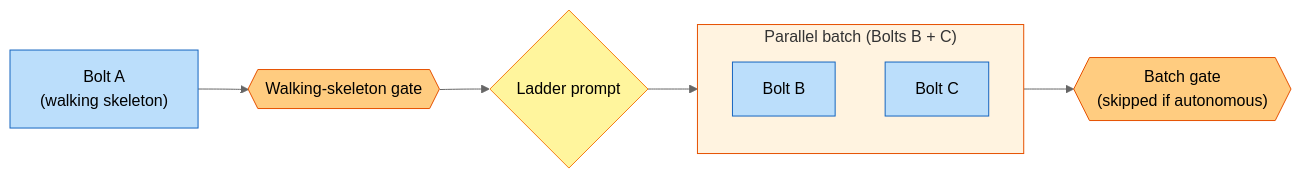
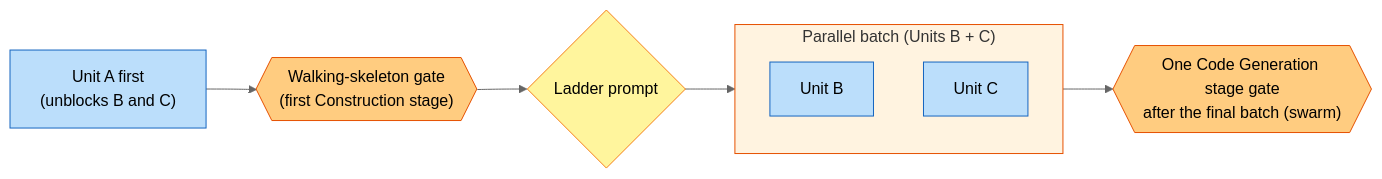
The fifth of 6 diagrams in docs/guide/04-phases-and-stages.md (awslabs/aidlc-workflows), drawn with Mermaid (neutral theme) before and after one commit. The commit also changed other lines of this file and 57 other files, not shown here.

First line of the commit message:
docs: reconcile planned Bolt with the shipped stage-major walk (2.6.56)

````diff
--- a/docs/guide/04-phases-and-stages.md
+++ b/docs/guide/04-phases-and-stages.md
@@ -289,23 +288,23 @@
 ```mermaid
 flowchart LR
-    A["Bolt A\n(walking skeleton)"]
-    GA{{"Walking-skeleton gate"}}
+    A["Unit A first\n(unblocks B and C)"]
+    GA{{"Walking-skeleton gate\n(first Construction stage)"}}
     L{"Ladder prompt"}
 
-    subgraph BATCH["Parallel batch (Bolts B + C)"]
-        B["Bolt B"]
-        C["Bolt C"]
+    subgraph BATCH["Parallel batch (Units B + C)"]
+        B["Unit B"]
+        C["Unit C"]
     end
 
-    GBC{{"Batch gate\n(skipped if autonomous)"}}
+    GBC{{"One Code Generation stage gate\nafter the final batch (swarm)"}}
 
     A --> GA --> L --> BATCH --> GBC
 
     style A fill:#bbdefb,stroke:#1565c0
     style GA fill:#ffcc80,stroke:#e65100
     style L fill:#fff59d,stroke:#f57f17
     style B fill:#bbdefb,stroke:#1565c0
     style C fill:#bbdefb,stroke:#1565c0
     style BATCH fill:#fff3e0,stroke:#e65100
     style GBC fill:#ffcc80,stroke:#e65100
 ```
````
